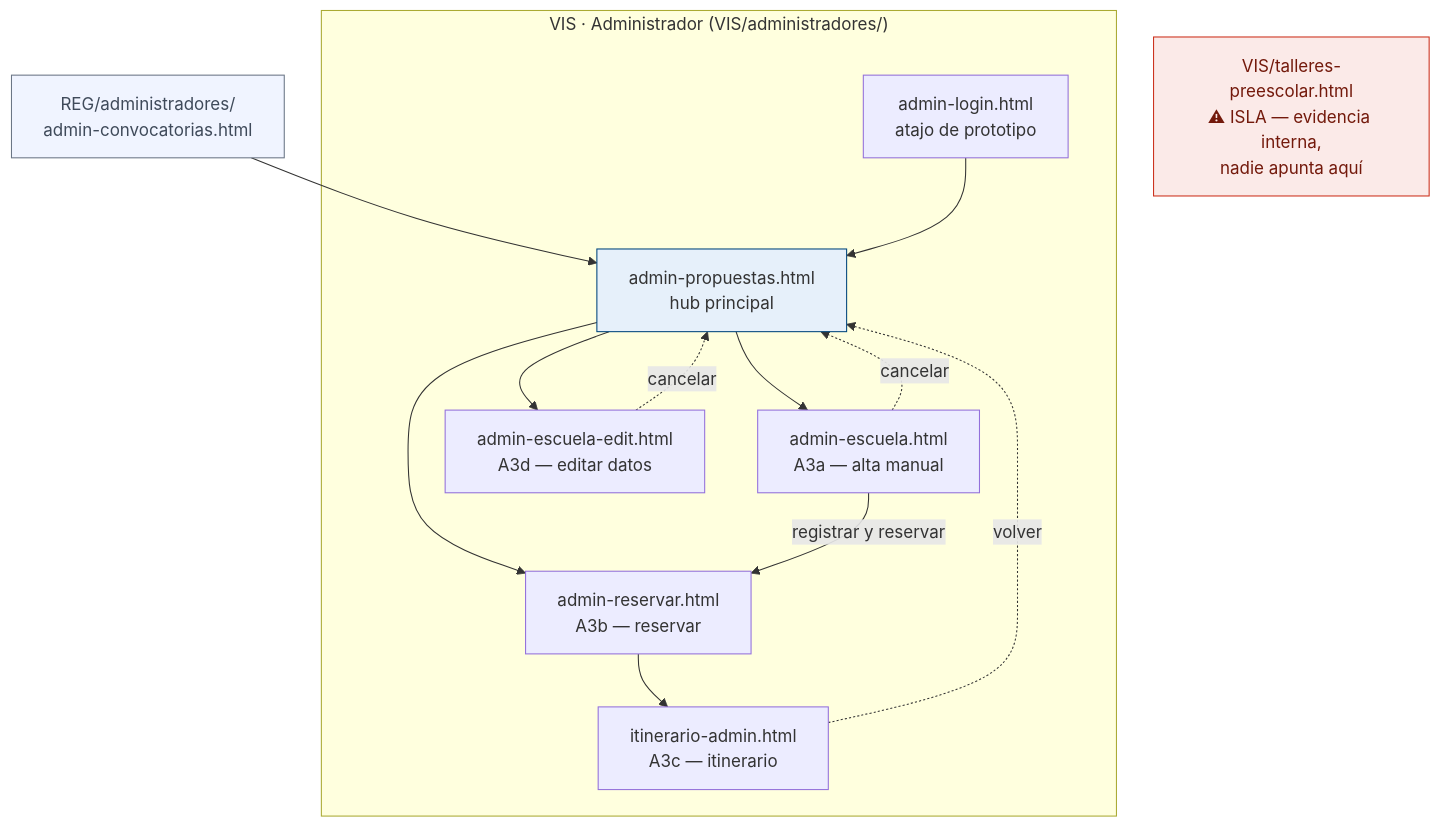
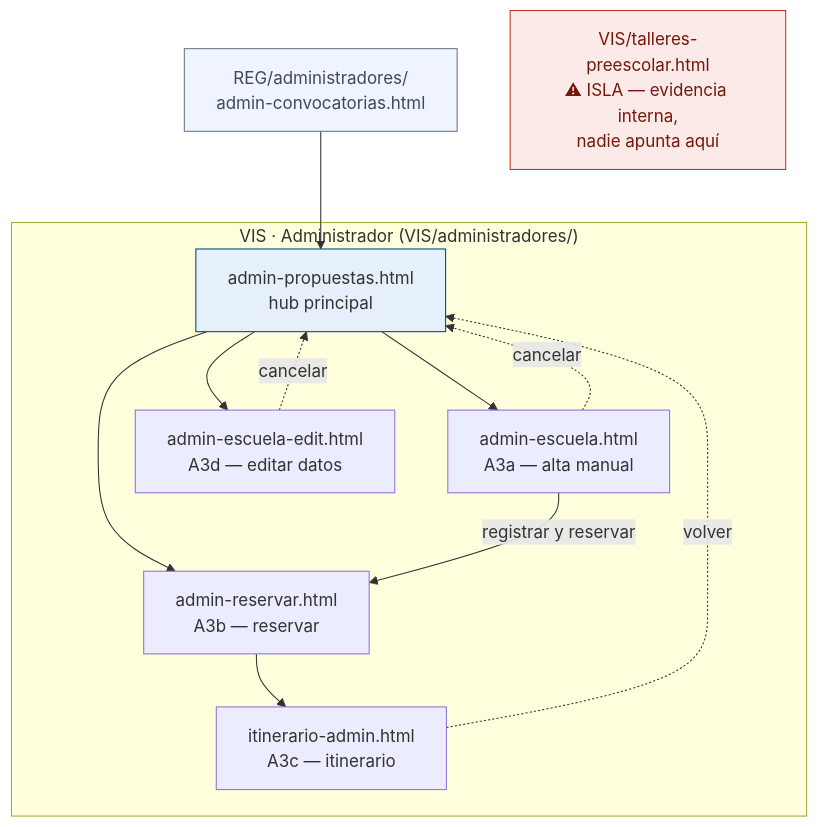
Before and after one commit to Proyectos-Vinculacion-FMAT/FILEYapp26: the second of 2 diagrams in prototipo/mapas/VIS.md, drawn with Mermaid. The commit also changed other lines of this file and 11 other files, not shown here.

First line of the commit message:
fix(prototipo): elimina atajos de EVT/VIS que duplican login/OTP/modulos de REG

````diff
--- a/prototipo/mapas/VIS.md
+++ b/prototipo/mapas/VIS.md
@@ -40,36 +40,34 @@
 ```mermaid
 flowchart TD
     REG_A["REG/administradores/\nadmin-convocatorias.html"]
     EVIDENCIA["VIS/talleres-preescolar.html\n⚠ ISLA — evidencia interna,\nnadie apunta aquí"]
 
     subgraph VIS_A["VIS · Administrador  (VIS/administradores/)"]
-        VA_LOG["admin-login.html\natajo de prototipo"]
         VA_PROP["admin-propuestas.html\nhub principal"]
         VA_ESC["admin-escuela.html\nA3a — alta manual"]
         VA_EDIT["admin-escuela-edit.html\nA3d — editar datos"]
         VA_RES["admin-reservar.html\nA3b — reservar"]
         VA_ITN["itinerario-admin.html\nA3c — itinerario"]
     end
 
     REG_A --> VA_PROP
-    VA_LOG --> VA_PROP
 
     VA_PROP --> VA_ESC
     VA_PROP --> VA_EDIT
     VA_PROP --> VA_RES
 
     VA_ESC -->|registrar y reservar| VA_RES
     VA_ESC -.->|cancelar| VA_PROP
 
     VA_EDIT -.->|cancelar| VA_PROP
 
     VA_RES --> VA_ITN
     VA_ITN -.->|volver| VA_PROP
 
     classDef island fill:#fbeae8,stroke:#CC311D,color:#73190B
     classDef ext fill:#f0f4ff,stroke:#6b7686,color:#3f4a5a
     classDef hub fill:#e6f0fa,stroke:#01457C
     class EVIDENCIA island
     class REG_A ext
     class VA_PROP hub
 ```
````
